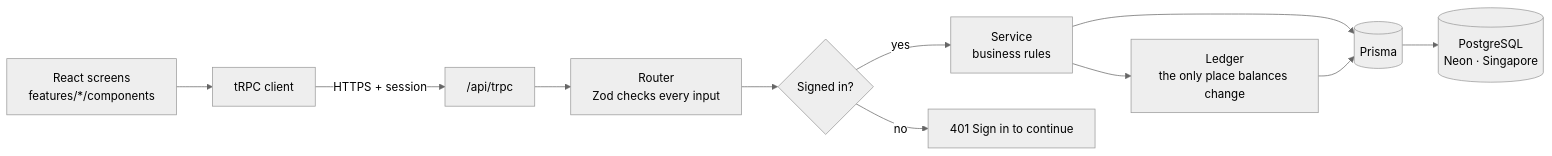
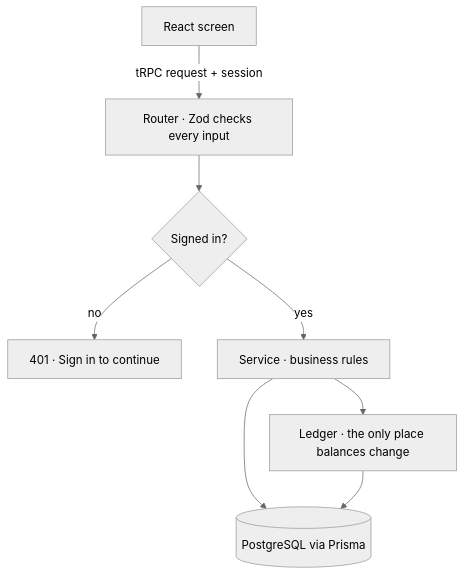
Before and after one commit to neilacapuccino/gobank-express: the first of 5 diagrams in README.md, drawn with Mermaid (neutral theme). The commit also changed other lines of this file, not shown here.

First line of the commit message:
docs: redraw the architecture and structure diagrams for readability

````diff
--- a/README.md
+++ b/README.md
@@ -43,13 +43,10 @@
 ```mermaid
-flowchart LR
-    UI["React screens<br/>features/*/components"] --> Client["tRPC client"]
-    Client -->|"HTTPS + session"| API["/api/trpc"]
-    API --> Router["Router<br/>Zod checks every input"]
+flowchart TB
+    UI["React screen"] -->|"tRPC request + session"| Router["Router · Zod checks every input"]
     Router --> Guard{"Signed in?"}
-    Guard -->|yes| Service["Service<br/>business rules"]
-    Guard -->|no| Denied["401 Sign in to continue"]
-    Service --> Ledger["Ledger<br/>the only place balances change"]
-    Service --> Prisma[("Prisma")]
-    Ledger --> Prisma
-    Prisma --> DB[("PostgreSQL<br/>Neon · Singapore")]
+    Guard -->|no| Denied["401 · Sign in to continue"]
+    Guard -->|yes| Service["Service · business rules"]
+    Service --> Ledger["Ledger · the only place balances change"]
+    Service --> DB[("PostgreSQL via Prisma")]
+    Ledger --> DB
 ```
````
